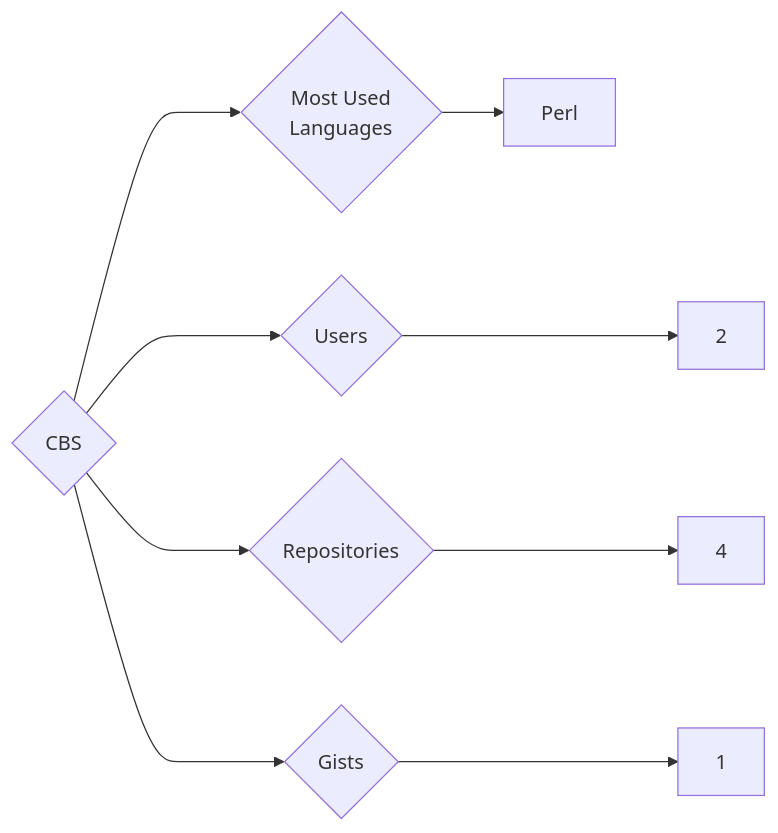
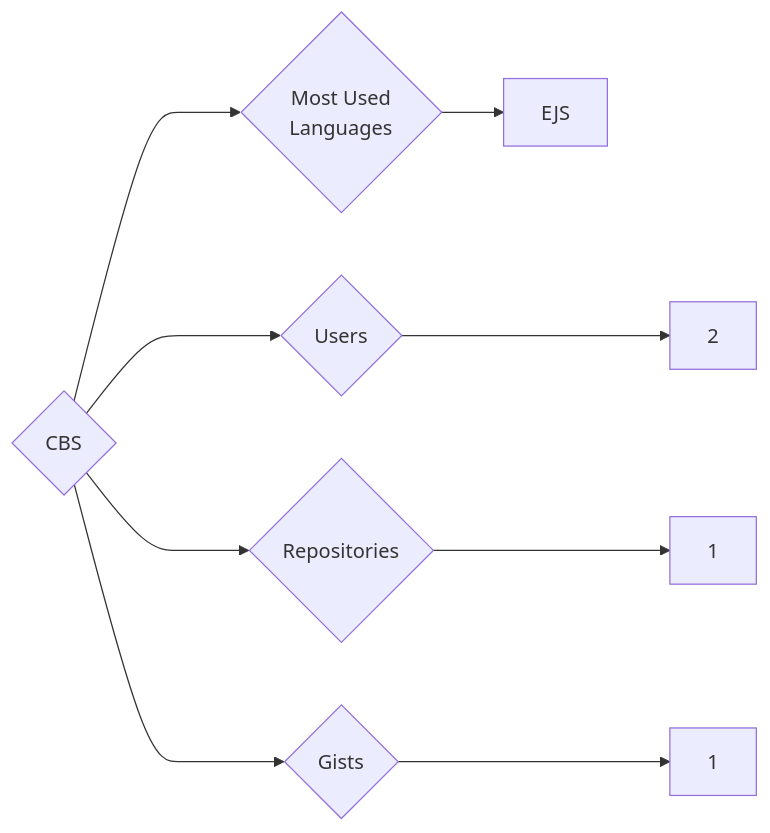
The diagram in targets/CBS/README.md (trickest/insiders), drawn with Mermaid before and after one commit. The commit also changed 640 other files, not shown here.

````diff
--- a/targets/CBS/README.md
+++ b/targets/CBS/README.md
@@ -3,9 +3,9 @@
 ```mermaid
 graph LR
 COMPANY_NAME{CBS}
 COMPANY_NAME ---> U{Users} ---> UN[2]
-COMPANY_NAME ---> R{Repositories} ---> RN[4]
+COMPANY_NAME ---> R{Repositories} ---> RN[1]
 COMPANY_NAME ---> G{Gists} ---> GN[1]
 COMPANY_NAME ---> ML{Most Used<br>Languages}
-ML --> Perl[Perl]
+ML --> EJS[EJS]
 ```
````
